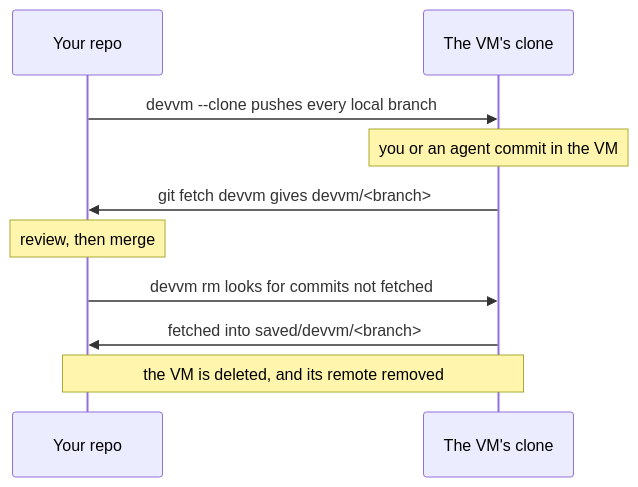
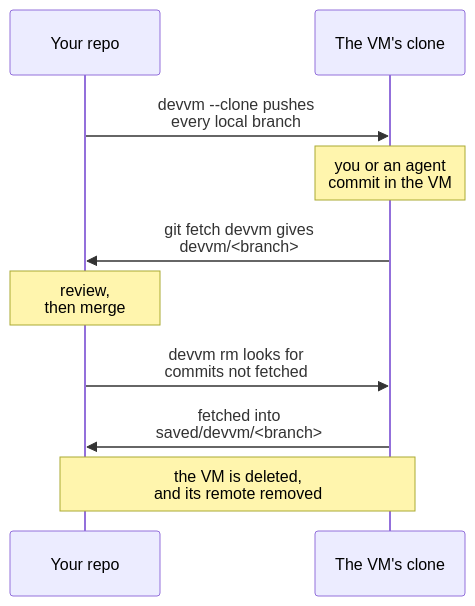
One commit to DustyPolk/devvm changed the diagram in docs/content/docs/using/clone.md. Above: the diagram before and after it, drawn with Mermaid. The commit also changed 4 other files, not shown here.

Commit message:
docs: diagrams for the proxy, the self-check and port forwarding; the rest fit the column

````diff
--- a/docs/content/docs/using/clone.md
+++ b/docs/content/docs/using/clone.md
@@ -14,12 +14,12 @@
 ```mermaid
 sequenceDiagram
   participant R as Your repo
   participant V as The VM's clone
-  R->>V: devvm --clone pushes every local branch
-  Note over V: you or an agent commit in the VM
-  V->>R: git fetch devvm gives devvm/#lt;branch#gt;
-  Note over R: review, then merge
-  R->>V: devvm rm looks for commits not fetched
-  V->>R: fetched into saved/devvm/#lt;branch#gt;
-  Note over R,V: the VM is deleted, and its remote removed
+  R->>V: devvm --clone pushes<br>every local branch
+  Note over V: you or an agent<br>commit in the VM
+  V->>R: git fetch devvm gives<br>devvm/#lt;branch#gt;
+  Note over R: review,<br>then merge
+  R->>V: devvm rm looks for<br>commits not fetched
+  V->>R: fetched into<br>saved/devvm/#lt;branch#gt;
+  Note over R,V: the VM is deleted,<br>and its remote removed
 ```
````
